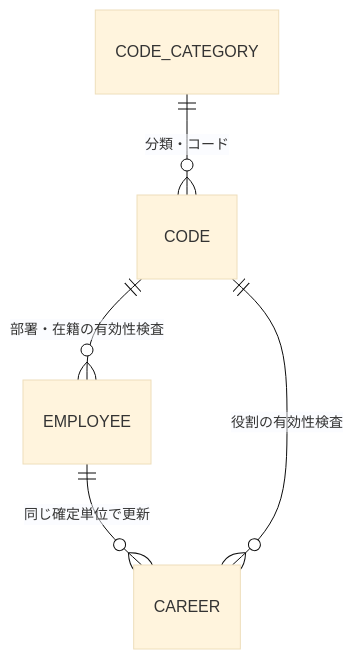
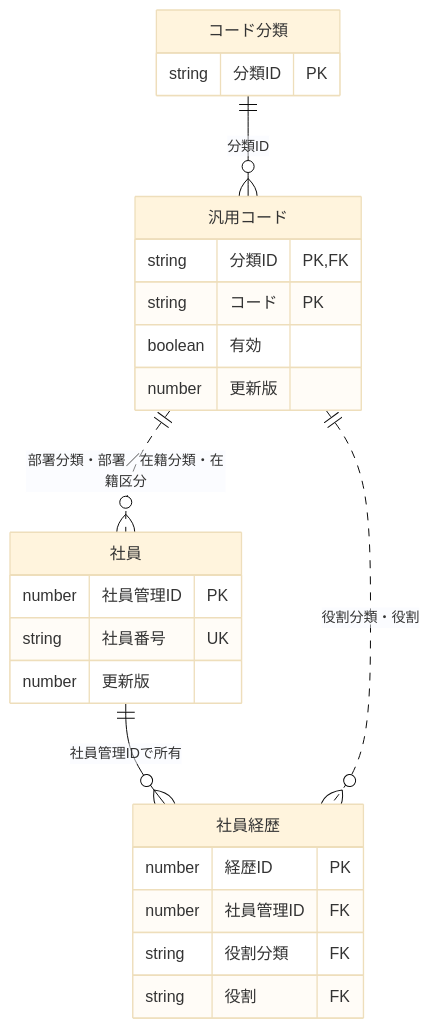
Before and after one commit to tujinrong/contextbase-evaluation: the fifth of 6 diagrams in sample-project2/spec/Access/基本設計書/04_社員登録画面.md, drawn with Mermaid (base theme). The commit also changed other lines of this file and 132 other files, not shown here.

````diff
--- a/sample-project2/spec/Access/基本設計書/04_社員登録画面.md
+++ b/sample-project2/spec/Access/基本設計書/04_社員登録画面.md
@@ -174,7 +197,27 @@
 ```mermaid
 erDiagram
- EMPLOYEE ||--o{ CAREER : "同じ確定単位で更新"
- CODE_CATEGORY ||--o{ CODE : "分類・コード"
- CODE ||--o{ EMPLOYEE : "部署・在籍の有効性検査"
- CODE ||--o{ CAREER : "役割の有効性検査"
+ 社員 ||--o{ 社員経歴 : "社員管理IDで所有"
+ コード分類 ||--o{ 汎用コード : "分類ID"
+ 汎用コード ||..o{ 社員 : "部署分類・部署／在籍分類・在籍区分"
+ 汎用コード ||..o{ 社員経歴 : "役割分類・役割"
+ 社員 {
+  number 社員管理ID PK
+  string 社員番号 UK
+  number 更新版
+ }
+ 社員経歴 {
+  number 経歴ID PK
+  number 社員管理ID FK
+  string 役割分類 FK
+  string 役割 FK
+ }
+ 汎用コード {
+  string 分類ID PK,FK
+  string コード PK
+  boolean 有効
+  number 更新版
+ }
+ コード分類 {
+  string 分類ID PK
+ }
 ```
````
